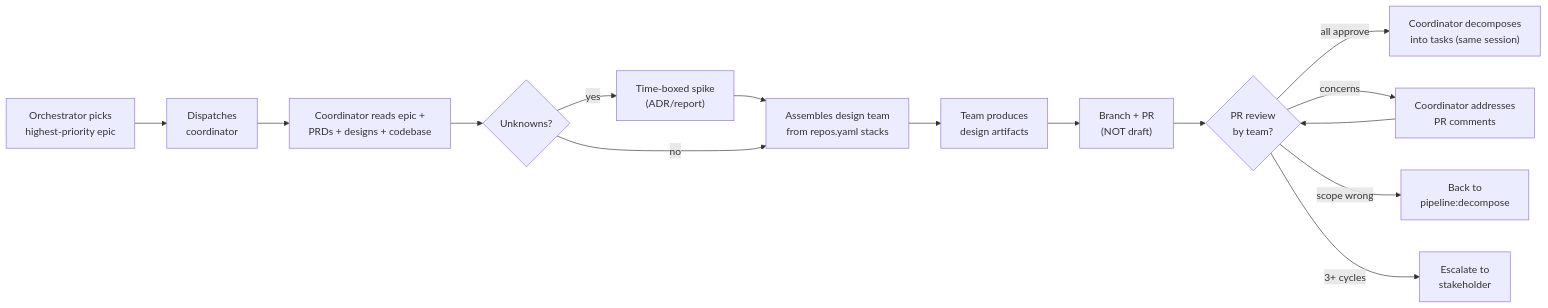
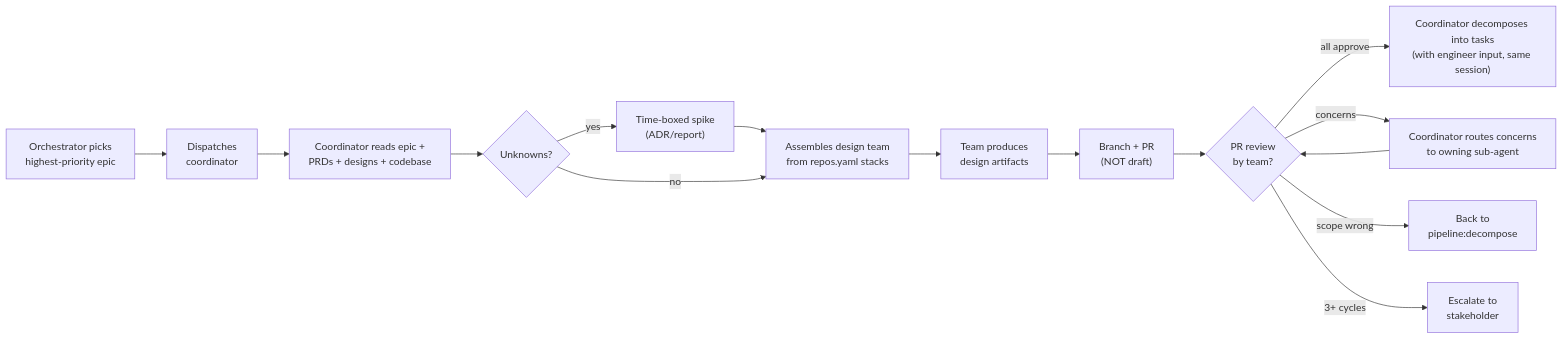
The tenth of 12 diagrams in docs/research/pipeline-redesign-v2.md (themachinagod/andgasm-claude-orchestration-project), drawn with Mermaid before and after one commit. The commit also changed other lines of this file, not shown here.

First line of the commit message:
docs: align pipeline-redesign-v2 with coordinator-as-process-manager

````diff
--- a/docs/research/pipeline-redesign-v2.md
+++ b/docs/research/pipeline-redesign-v2.md
@@ -729,25 +742,25 @@
 ```mermaid
 flowchart LR
     Pick["Orchestrator picks<br/>highest-priority epic"]
     Dispatch["Dispatches<br/>coordinator"]
     Assess["Coordinator reads epic +<br/>PRDs + designs + codebase"]
     Spike{"Unknowns?"}
     RunSpike["Time-boxed spike<br/>(ADR/report)"]
     Team["Assembles design team<br/>from repos.yaml stacks"]
     Design["Team produces<br/>design artifacts"]
     PR["Branch + PR<br/>(NOT draft)"]
     Review{"PR review<br/>by team?"}
-    Tasks["Coordinator decomposes<br/>into tasks (same session)"]
-    Revise["Coordinator addresses<br/>PR comments"]
+    Tasks["Coordinator decomposes into tasks<br/>(with engineer input, same session)"]
+    Revise["Coordinator routes concerns<br/>to owning sub-agent"]
     Redecompose["Back to<br/>pipeline:decompose"]
     Escalate["Escalate to<br/>stakeholder"]
 
     Pick --> Dispatch --> Assess --> Spike
     Spike -->|"yes"| RunSpike --> Team
     Spike -->|"no"| Team
     Team --> Design --> PR --> Review
     Review -->|"all approve"| Tasks
     Review -->|"concerns"| Revise --> Review
     Review -->|"scope wrong"| Redecompose
     Review -->|"3+ cycles"| Escalate
 ```
````
